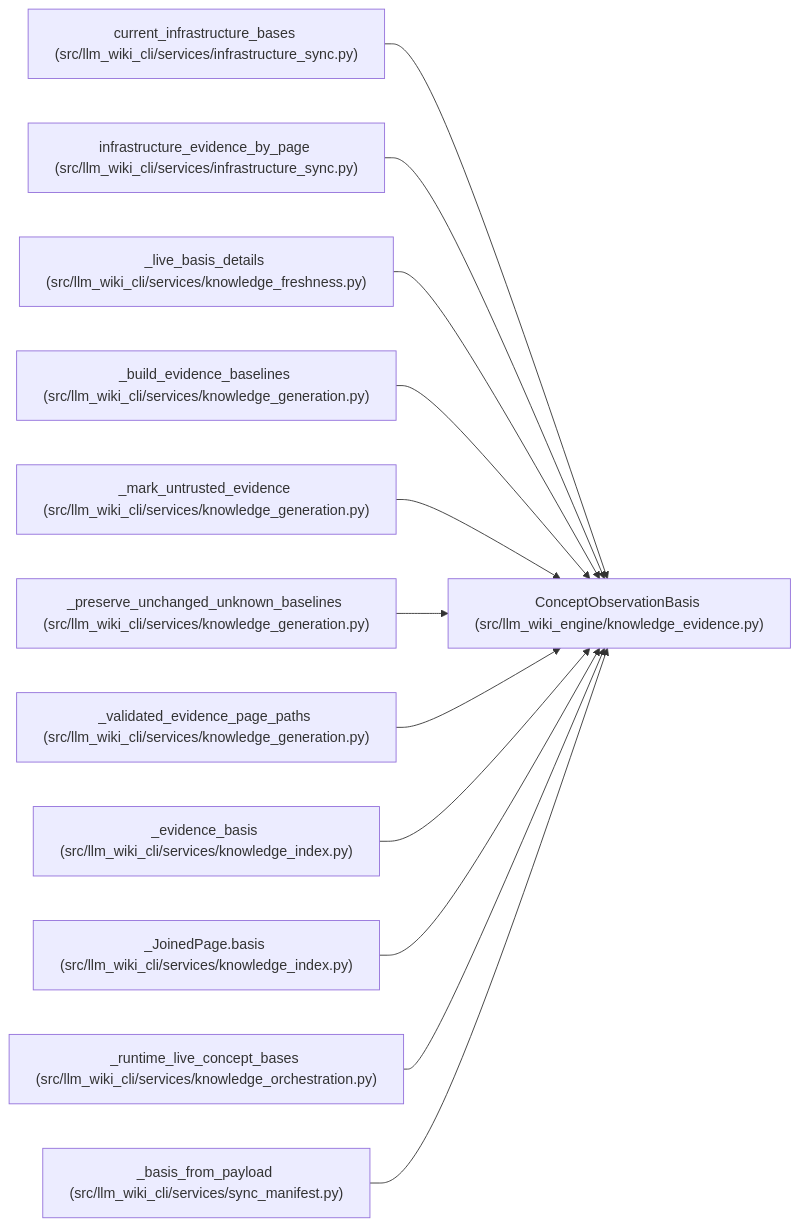
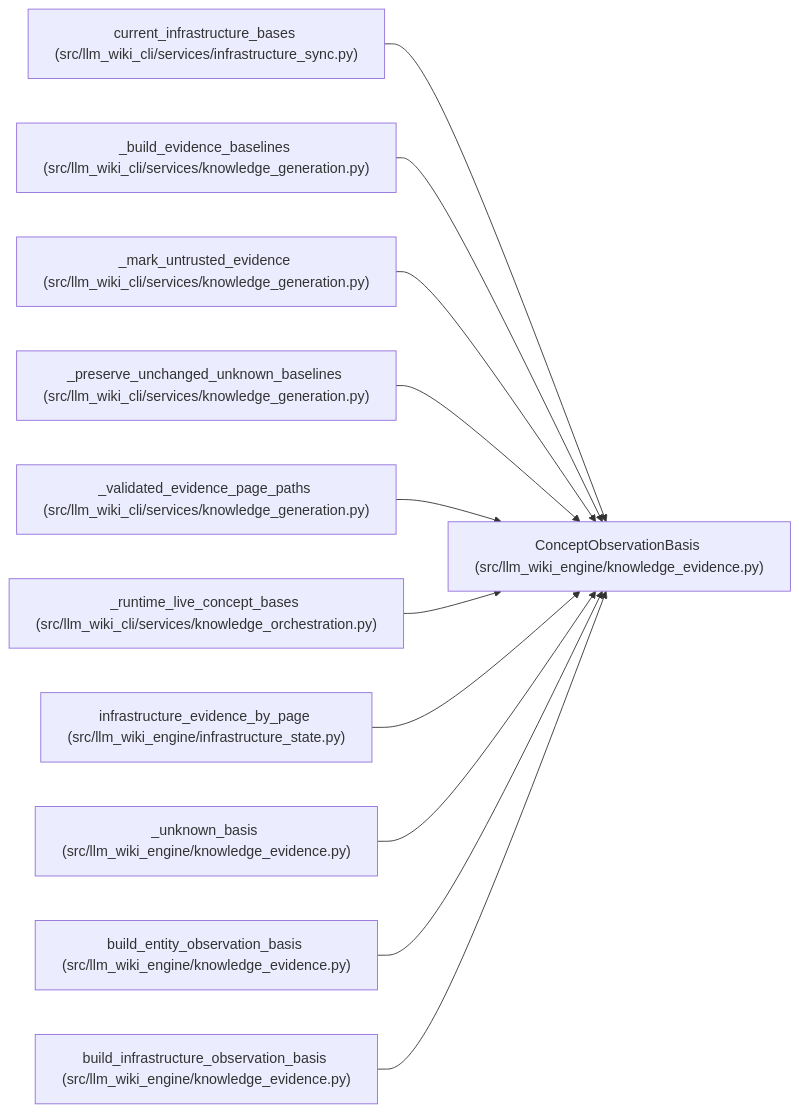
The diagram in docs/llm_wiki/entities/ConceptObservationBasis.md (Denissvgn/python-wiki-llm), drawn with Mermaid before and after one commit. The commit also changed other lines of this file and 1058 other files, not shown here.

First line of the commit message:
docs: refresh the wiki for the knowledge store move

````diff
--- a/docs/llm_wiki/entities/ConceptObservationBasis.md
+++ b/docs/llm_wiki/entities/ConceptObservationBasis.md
@@ -47,38 +47,35 @@
 ```mermaid
 flowchart LR
     n0["ConceptObservationBasis (src/llm_wiki_engine/knowledge_evidence.py)"]
     n1["current_infrastructure_bases (src/llm_wiki_cli/services/infrastructure_sync.py)"]
-    n2["infrastructure_evidence_by_page (src/llm_wiki_cli/services/infrastructure_sync.py)"]
-    n3["_live_basis_details (src/llm_wiki_cli/services/knowledge_freshness.py)"]
-    n4["_build_evidence_baselines (src/llm_wiki_cli/services/knowledge_generation.py)"]
-    n5["_mark_untrusted_evidence (src/llm_wiki_cli/services/knowledge_generation.py)"]
-    n6["_preserve_unchanged_unknown_baselines (src/llm_wiki_cli/services/knowledge_generation.py)"]
-    n7["_validated_evidence_page_paths (src/llm_wiki_cli/services/knowledge_generation.py)"]
-    n8["_evidence_basis (src/llm_wiki_cli/services/knowledge_index.py)"]
-    n9["_JoinedPage.basis (src/llm_wiki_cli/services/knowledge_index.py)"]
-    n10["_runtime_live_concept_bases (src/llm_wiki_cli/services/knowledge_orchestration.py)"]
-    n11["_basis_from_payload (src/llm_wiki_cli/services/sync_manifest.py)"]
+    n2["_build_evidence_baselines (src/llm_wiki_cli/services/knowledge_generation.py)"]
+    n3["_mark_untrusted_evidence (src/llm_wiki_cli/services/knowledge_generation.py)"]
+    n4["_preserve_unchanged_unknown_baselines (src/llm_wiki_cli/services/knowledge_generation.py)"]
+    n5["_validated_evidence_page_paths (src/llm_wiki_cli/services/knowledge_generation.py)"]
+    n6["_runtime_live_concept_bases (src/llm_wiki_cli/services/knowledge_orchestration.py)"]
+    n7["infrastructure_evidence_by_page (src/llm_wiki_engine/infrastructure_state.py)"]
+    n8["_unknown_basis (src/llm_wiki_engine/knowledge_evidence.py)"]
+    n9["build_entity_observation_basis (src/llm_wiki_engine/knowledge_evidence.py)"]
+    n10["build_infrastructure_observation_basis (src/llm_wiki_engine/knowledge_evidence.py)"]
     n1 --> n0
     n2 --> n0
     n3 --> n0
     n4 --> n0
     n5 --> n0
     n6 --> n0
     n7 --> n0
     n8 --> n0
     n9 --> n0
     n10 --> n0
-    n11 --> n0
     click n0 "../modules/knowledge_evidence.md"
     click n1 "../modules/infrastructure_sync.md"
-    click n2 "../modules/infrastructure_sync.md"
-    click n3 "../modules/knowledge_freshness.md"
+    click n2 "../modules/knowledge_generation.md"
+    click n3 "../modules/knowledge_generation.md"
     click n4 "../modules/knowledge_generation.md"
     click n5 "../modules/knowledge_generation.md"
-    click n6 "../modules/knowledge_generation.md"
-    click n7 "../modules/knowledge_generation.md"
-    click n8 "../modules/knowledge_index.md"
-    click n9 "../modules/knowledge_index.md"
-    click n10 "../modules/knowledge_orchestration.md"
-    click n11 "../modules/sync_manifest.md"
+    click n6 "../modules/knowledge_orchestration.md"
+    click n7 "../modules/infrastructure_state.md"
+    click n8 "../modules/knowledge_evidence.md"
+    click n9 "../modules/knowledge_evidence.md"
+    click n10 "../modules/knowledge_evidence.md"
 ```
````
